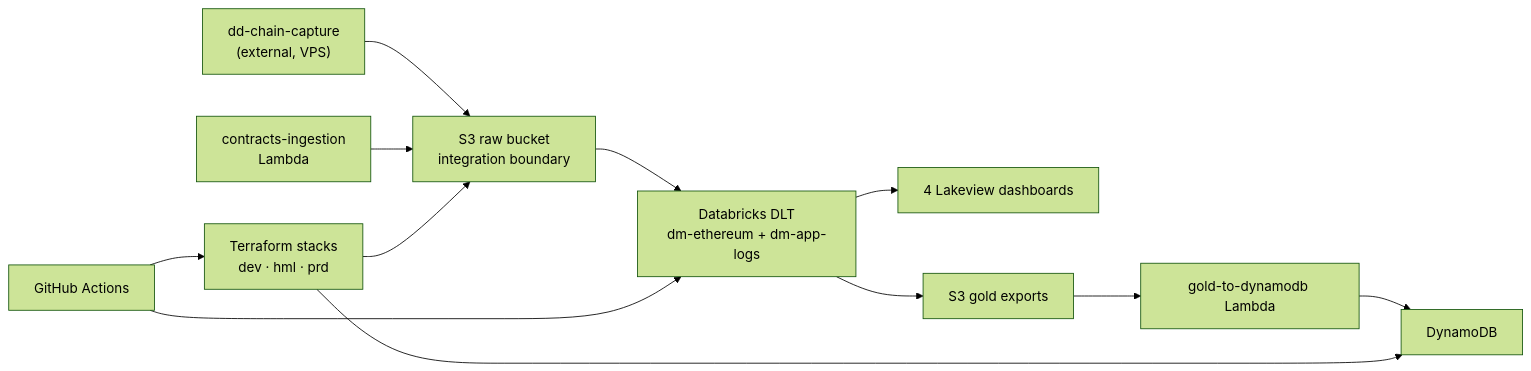
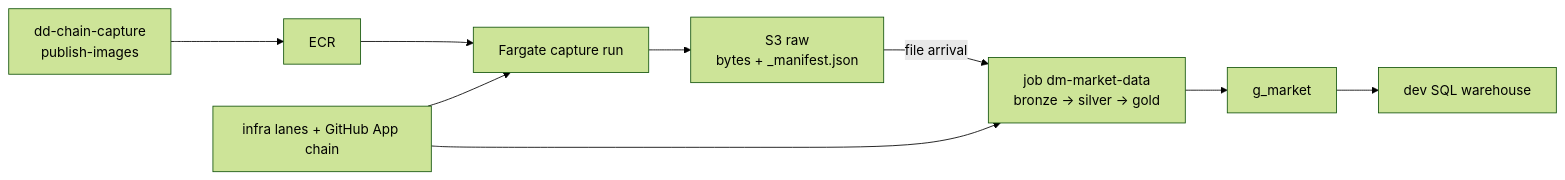
One commit to marcoaureliomenezes/dd_chain_explorer changed the diagram in specs/memory/product/index.md. Above: the diagram before and after it, drawn with Mermaid (forest theme). The commit also changed other lines of this file and 11 other files, not shown here.

````diff
--- a/specs/memory/product/index.md
+++ b/specs/memory/product/index.md
@@ -49,14 +48,10 @@
 ```mermaid
 flowchart LR
-  CAP["dd-chain-capture<br/>(external, VPS)"] --> S3["S3 raw bucket<br/>integration boundary"]
-  LMB1["contracts-ingestion<br/>Lambda"] --> S3
-  S3 --> DLT["Databricks DLT<br/>dm-ethereum + dm-app-logs"]
-  DLT --> DASH["4 Lakeview dashboards"]
-  DLT --> EXP["S3 gold exports"]
-  EXP --> LMB2["gold-to-dynamodb Lambda"]
-  LMB2 --> DDB["DynamoDB"]
-  CI["GitHub Actions"] --> TF["Terraform stacks<br/>dev · hml · prd"]
-  CI --> DLT
-  TF --> S3
-  TF --> DDB
+  CAP["dd-chain-capture<br/>publish-images"] --> ECR["ECR"]
+  ECR --> RUN["Fargate capture run"]
+  RUN --> RAW["S3 raw<br/>bytes + _manifest.json"]
+  RAW -->|"file arrival"| JOB["job dm-market-data<br/>bronze → silver → gold"]
+  JOB --> GOLD["g_market"]
+  GOLD --> WH["dev SQL warehouse"]
+  CI["infra lanes + GitHub App chain"] --> RUN & JOB
 ```
````
